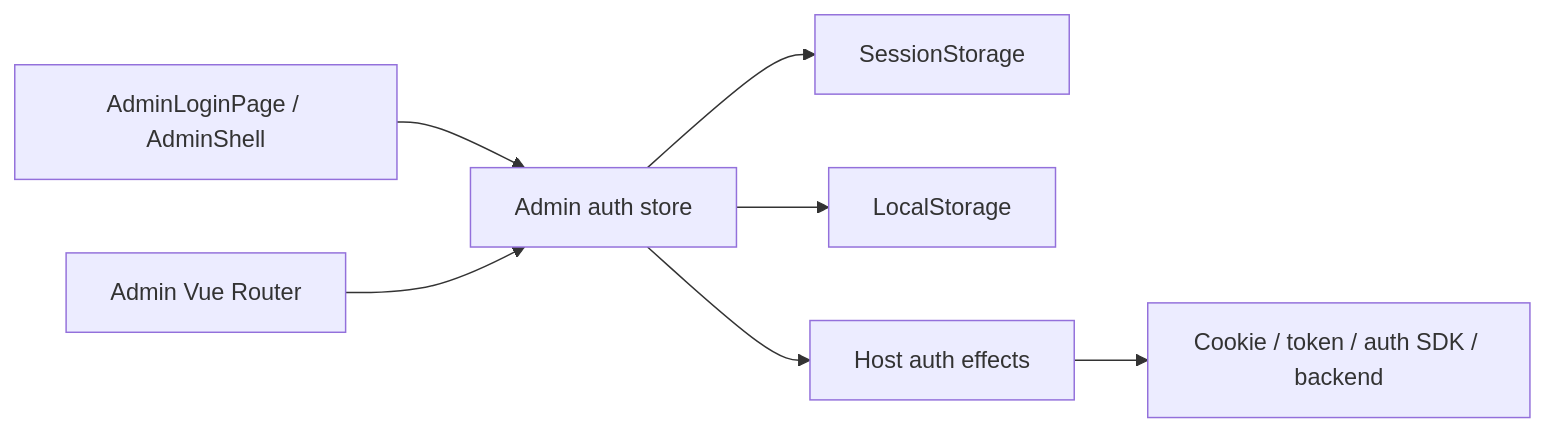
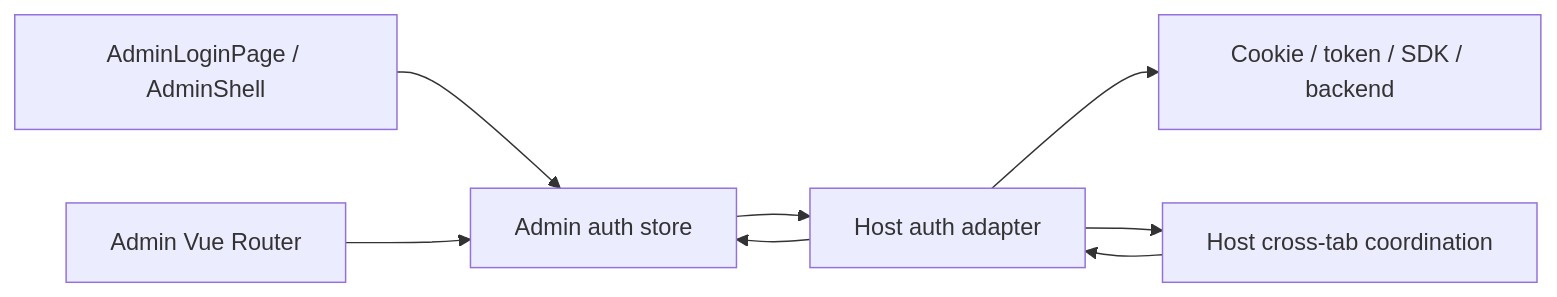
One commit to hechang27-sprt/noob-components-v2 changed the first of 19 diagrams in docs/admin-auth-restoration-data-flows.md. Above: the diagram before and after it, drawn with Mermaid. The commit also changed other lines of this file and 15 other files, not shown here.

````diff
--- a/docs/admin-auth-restoration-data-flows.md
+++ b/docs/admin-auth-restoration-data-flows.md
@@ -11,17 +11,17 @@
 ```mermaid
 flowchart LR
     UI[AdminLoginPage / AdminShell]
     Auth[Admin auth store]
     Router[Admin Vue Router]
-    SS[SessionStorage]
-    LS[LocalStorage]
-    Host[Host auth effects]
-    Authority[Cookie / token / auth SDK / backend]
+    Host[Host auth adapter]
+    Authority[Cookie / token / SDK / backend]
+    Coordination[Host cross-tab coordination]
 
     UI --> Auth
     Router --> Auth
-    Auth --> SS
-    Auth --> LS
     Auth --> Host
     Host --> Authority
+    Host --> Coordination
+    Coordination --> Host
+    Host --> Auth
 ```
````
